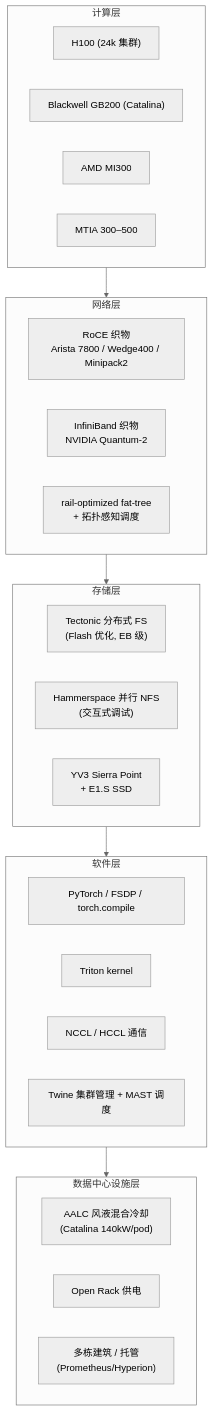
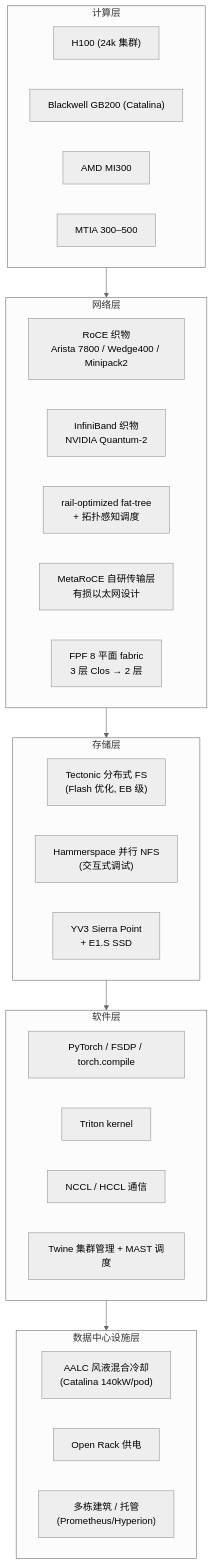
Before and after one commit to cypggs/AI_Infra_Handbook: the diagram in docs/09-case-study/meta/03-architecture.md, drawn with Mermaid (neutral theme). The commit also changed other lines of this file and 10 other files, not shown here.

Commit message:
更新 Meta 案例研究至 2026-10：Muse 选择性开放转折、MetaRoCE/FPF 自研网络、MTIA 300 量产、Zoomer 训练平台、Helion/TorchTitan

````diff
--- a/docs/09-case-study/meta/03-architecture.md
+++ b/docs/09-case-study/meta/03-architecture.md
@@ -7,36 +7,38 @@
 ```mermaid
 flowchart TB
     subgraph DC["数据中心设施层"]
         direction LR
         AALC["AALC 风液混合冷却<br/>(Catalina 140kW/pod)"]
         POWER["Open Rack 供电"]
         BUILD["多栋建筑 / 托管<br/>(Prometheus/Hyperion)"]
     end
     subgraph SW["软件层"]
         direction LR
         PYT["PyTorch / FSDP / torch.compile"]
         TRI["Triton kernel"]
         NCCL["NCCL / HCCL 通信"]
         TWIN["Twine 集群管理 + MAST 调度"]
     end
     subgraph STO["存储层"]
         direction LR
         TEC["Tectonic 分布式 FS<br/>(Flash 优化, EB 级)"]
         HAM["Hammerspace 并行 NFS<br/>(交互式调试)"]
         SIERRA["YV3 Sierra Point<br/>+ E1.S SSD"]
     end
     subgraph NET["网络层"]
         direction LR
         ROCE["RoCE 织物<br/>Arista 7800 / Wedge400 / Minipack2"]
         IB["InfiniBand 织物<br/>NVIDIA Quantum-2"]
         TOPO["rail-optimized fat-tree<br/>+ 拓扑感知调度"]
+        MR["MetaRoCE 自研传输层<br/>有损以太网设计"]
+        FPF["FPF 8 平面 fabric<br/>3 层 Clos → 2 层"]
     end
     subgraph COMP["计算层"]
         direction LR
         H100["H100 (24k 集群)"]
         BW["Blackwell GB200 (Catalina)"]
         MI300["AMD MI300"]
         MTIA["MTIA 300–500"]
     end
     COMP --> NET --> STO --> SW --> DC
 ```
````
